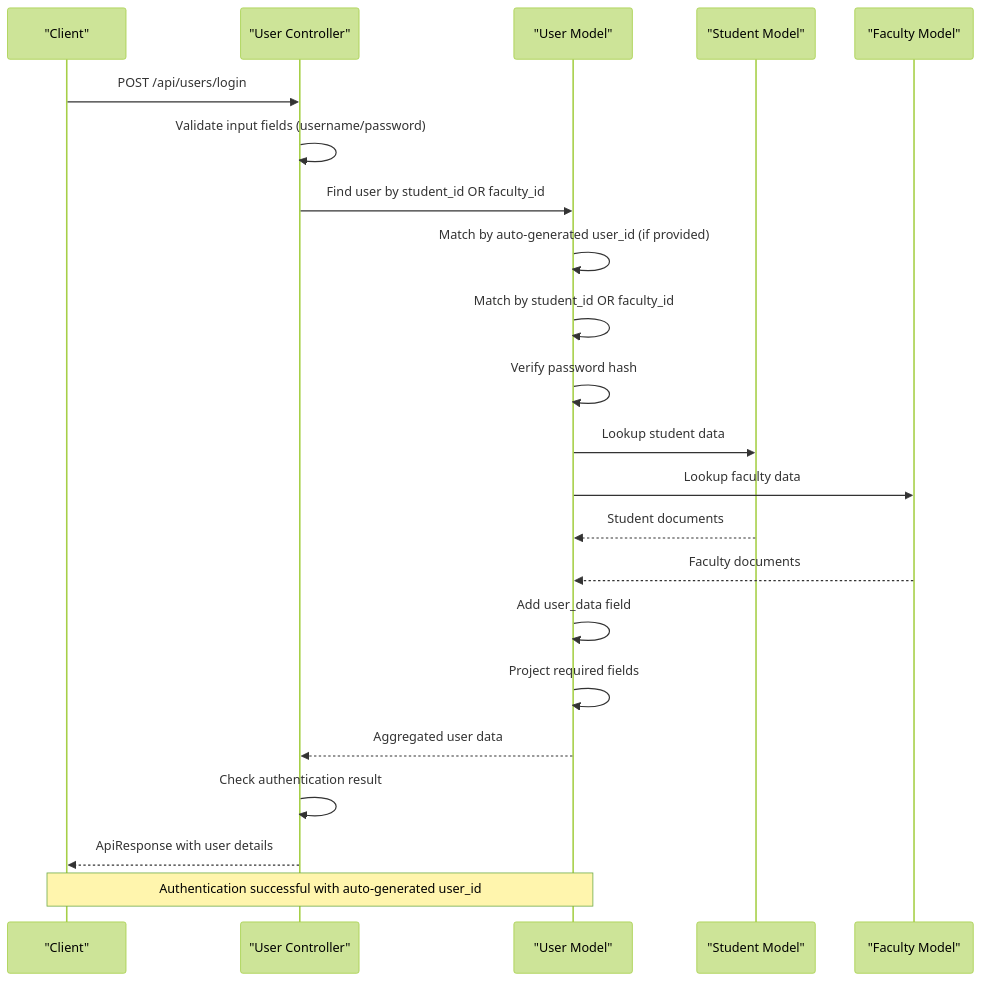
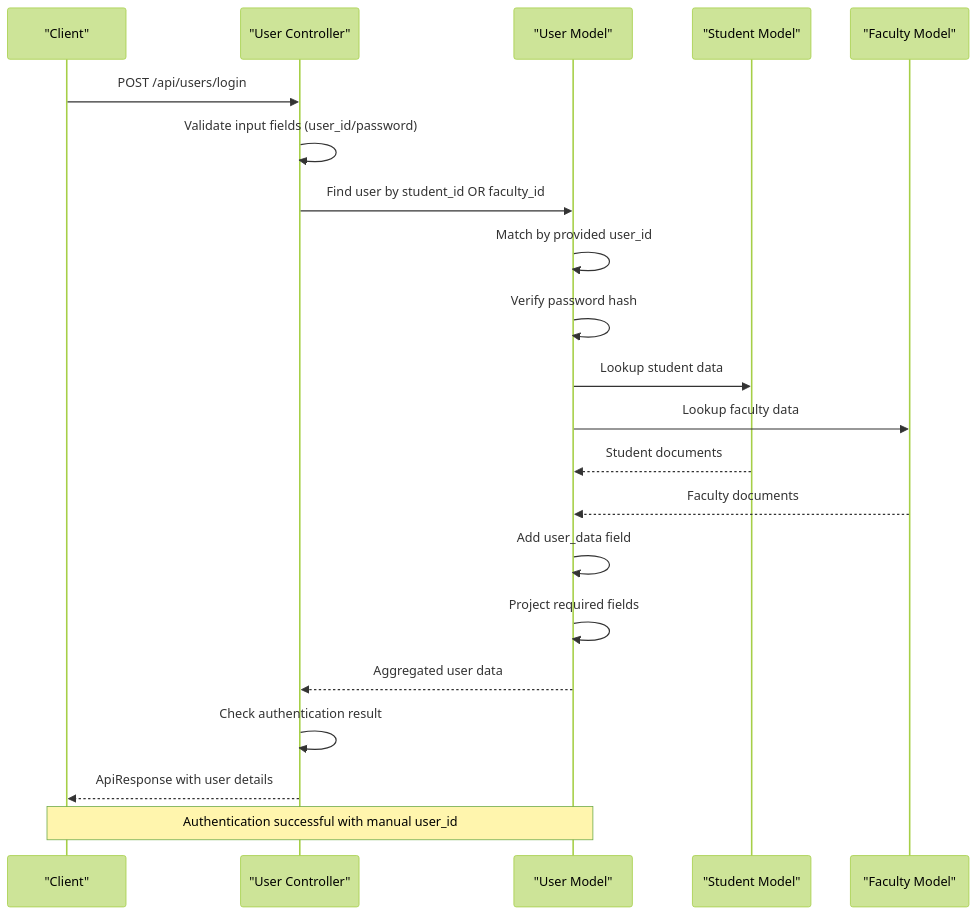
One commit to Aryan9060/Timetable-Project changed the sixth of 9 diagrams in .qoder/repowiki/en/content/Data Models & Database Schema/Core User Model.md. Above: the diagram before and after it, drawn with Mermaid (forest theme). The commit also changed other lines of this file and 8 other files, not shown here.

````diff
--- a/.qoder/repowiki/en/content/Data Models & Database Schema/Core User Model.md
+++ b/.qoder/repowiki/en/content/Data Models & Database Schema/Core User Model.md
@@ -295,24 +303,23 @@
 ```mermaid
 sequenceDiagram
 participant Client as "Client"
 participant Controller as "User Controller"
 participant Model as "User Model"
 participant Student as "Student Model"
 participant Faculty as "Faculty Model"
 Client->>Controller : POST /api/users/login
-Controller->>Controller : Validate input fields (username/password)
+Controller->>Controller : Validate input fields (user_id/password)
 Controller->>Model : Find user by student_id OR faculty_id
-Model->>Model : Match by auto-generated user_id (if provided)
-Model->>Model : Match by student_id OR faculty_id
+Model->>Model : Match by provided user_id
 Model->>Model : Verify password hash
 Model->>Student : Lookup student data
 Model->>Faculty : Lookup faculty data
 Student-->>Model : Student documents
 Faculty-->>Model : Faculty documents
 Model->>Model : Add user_data field
 Model->>Model : Project required fields
 Model-->>Controller : Aggregated user data
 Controller->>Controller : Check authentication result
 Controller-->>Client : ApiResponse with user details
-Note over Client,Model : Authentication successful with auto-generated user_id
+Note over Client,Model : Authentication successful with manual user_id
 ```
````
